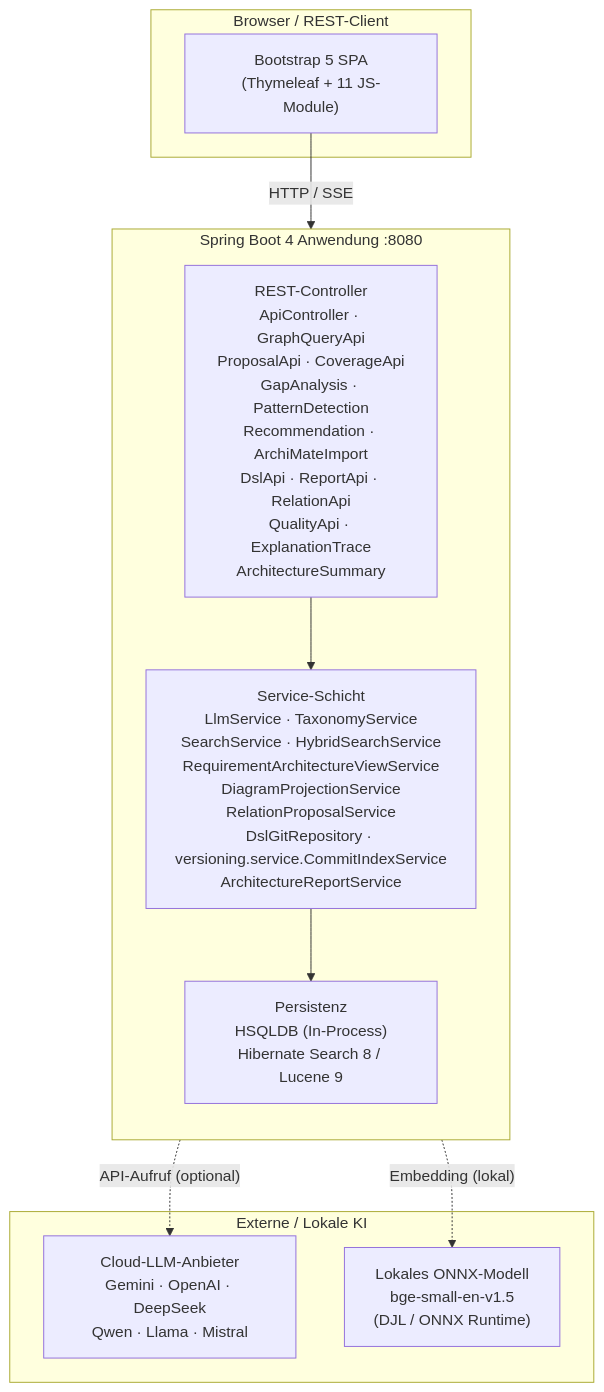
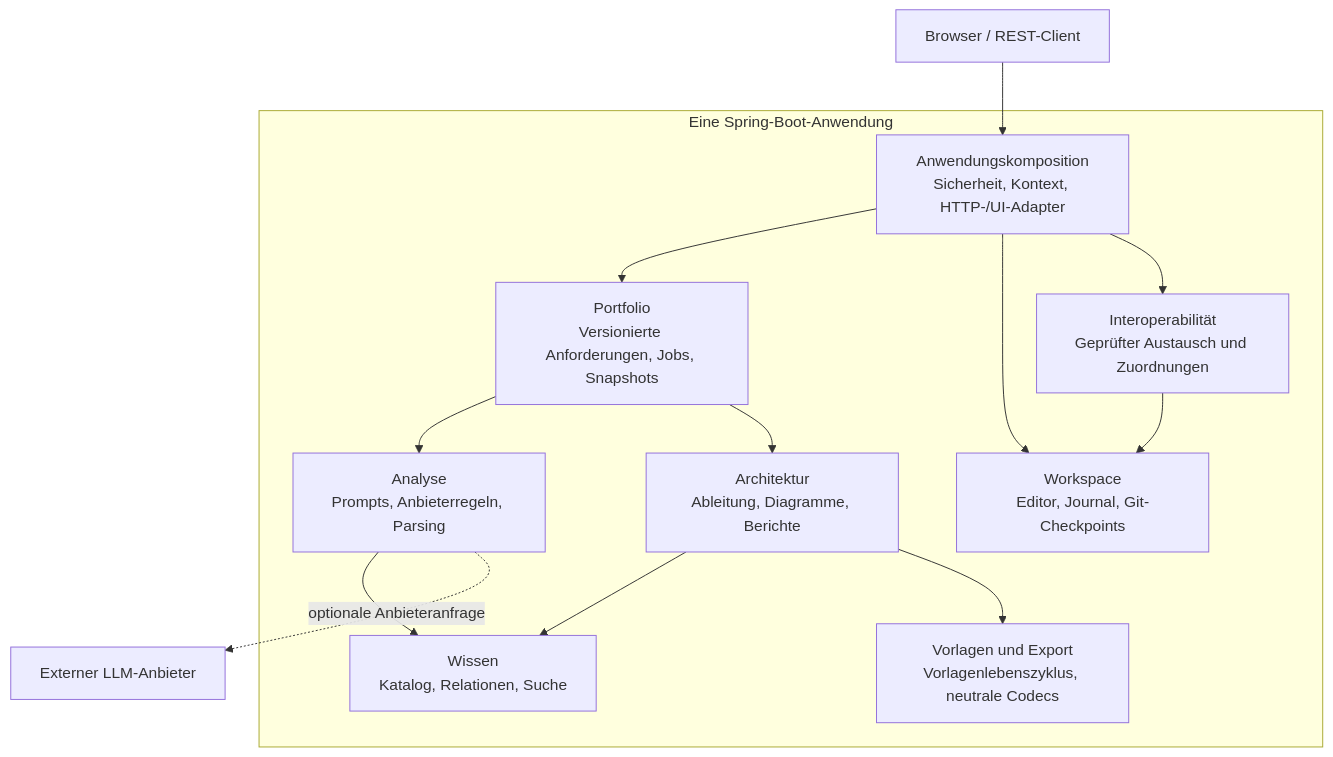
The first of 4 diagrams in docs/de/ARCHITECTURE.md (carstenartur/Taxonomy), drawn with Mermaid before and after one commit. The commit also changed other lines of this file and 8 other files, not shown here.

First line of the commit message:
docs: explain current application architecture and check diagram consistency

````diff
--- a/docs/de/ARCHITECTURE.md
+++ b/docs/de/ARCHITECTURE.md
@@ -59,24 +58,24 @@
 ```mermaid
-graph TB
-    subgraph Client["Browser / REST-Client"]
-        UI["Bootstrap 5 SPA<br/>(Thymeleaf + 11 JS-Module)"]
+flowchart TB
+    Client["Browser / REST-Client"] --> HTTP
+    subgraph Application["Eine Spring-Boot-Anwendung"]
+        HTTP["Anwendungskomposition<br/>Sicherheit, Kontext, HTTP-/UI-Adapter"]
+        Portfolio["Portfolio<br/>Versionierte Anforderungen, Jobs, Snapshots"]
+        Analysis["Analyse<br/>Prompts, Anbieterregeln, Parsing"]
+        Knowledge["Wissen<br/>Katalog, Relationen, Suche"]
+        Architecture["Architektur<br/>Ableitung, Diagramme, Berichte"]
+        Workspace["Workspace<br/>Editor, Journal, Git-Checkpoints"]
+        Interop["Interoperabilität<br/>Geprüfter Austausch und Zuordnungen"]
+        Templates["Vorlagen und Export<br/>Vorlagenlebenszyklus, neutrale Codecs"]
+        HTTP --> Portfolio
+        HTTP --> Workspace
+        HTTP --> Interop
+        Portfolio --> Analysis
+        Portfolio --> Architecture
+        Analysis --> Knowledge
+        Architecture --> Knowledge
+        Architecture --> Templates
+        Interop --> Workspace
     end
-
-    subgraph App["Spring Boot 4 Anwendung :8080"]
-        direction TB
-        Controllers["REST-Controller<br/>ApiController · GraphQueryApi<br/>ProposalApi · CoverageApi<br/>GapAnalysis · PatternDetection<br/>Recommendation · ArchiMateImport<br/>DslApi · ReportApi · RelationApi<br/>QualityApi · ExplanationTrace<br/>ArchitectureSummary"]
-        Services["Service-Schicht<br/>LlmService · TaxonomyService<br/>SearchService · HybridSearchService<br/>RequirementArchitectureViewService<br/>DiagramProjectionService<br/>RelationProposalService<br/>DslGitRepository · versioning.service.CommitIndexService<br/>ArchitectureReportService"]
-        Persistence["Persistenz<br/>HSQLDB (In-Process)<br/>Hibernate Search 8 / Lucene 9"]
-    end
-
-    subgraph External["Externe / Lokale KI"]
-        LLM["Cloud-LLM-Anbieter<br/>Gemini · OpenAI · DeepSeek<br/>Qwen · Llama · Mistral"]
-        ONNX["Lokales ONNX-Modell<br/>bge-small-en-v1.5<br/>(DJL / ONNX Runtime)"]
-    end
-
-    UI -->|"HTTP / SSE"| Controllers
-    Controllers --> Services
-    Services --> Persistence
-    Services -.->|"API-Aufruf (optional)"| LLM
-    Services -.->|"Embedding (lokal)"| ONNX
+    Analysis -.->|optionale Anbieteranfrage| LLM["Externer LLM-Anbieter"]
 ```
````
